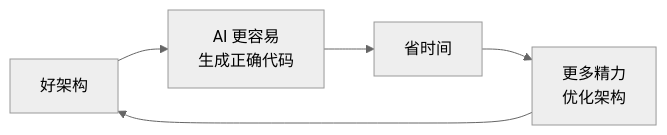
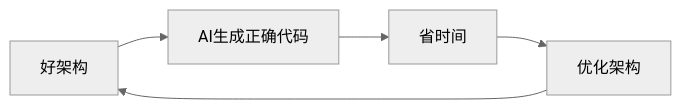
Before and after one commit to Wh1isper/wh1isper.github.io: the seventh of 9 diagrams in source/_posts/2026-02-02-AI-Assisted-Development-Consistency.md, drawn with Mermaid (neutral theme). The commit also changed other lines of this file, not shown here.

Commit message:
Fix mermaid diagrams

````diff
--- a/source/_posts/2026-02-02-AI-Assisted-Development-Consistency.md
+++ b/source/_posts/2026-02-02-AI-Assisted-Development-Consistency.md
@@ -163,7 +167,7 @@
 ```mermaid
 flowchart LR
-    A[好架构] --> B[AI 更容易<br/>生成正确代码]
+    A[好架构] --> B[AI生成正确代码]
     B --> C[省时间]
-    C --> D[更多精力<br/>优化架构]
+    C --> D[优化架构]
     D --> A
 ```
````
